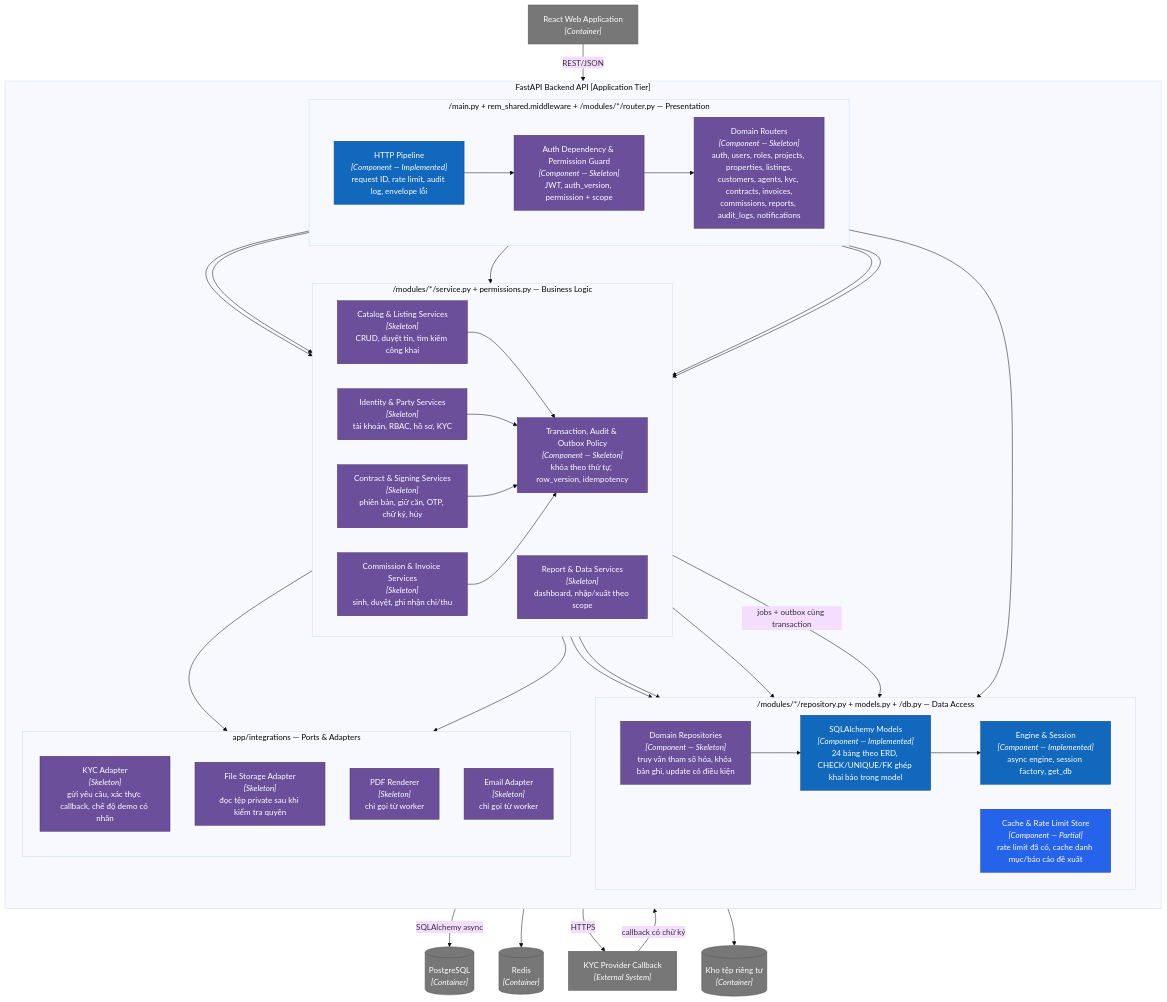
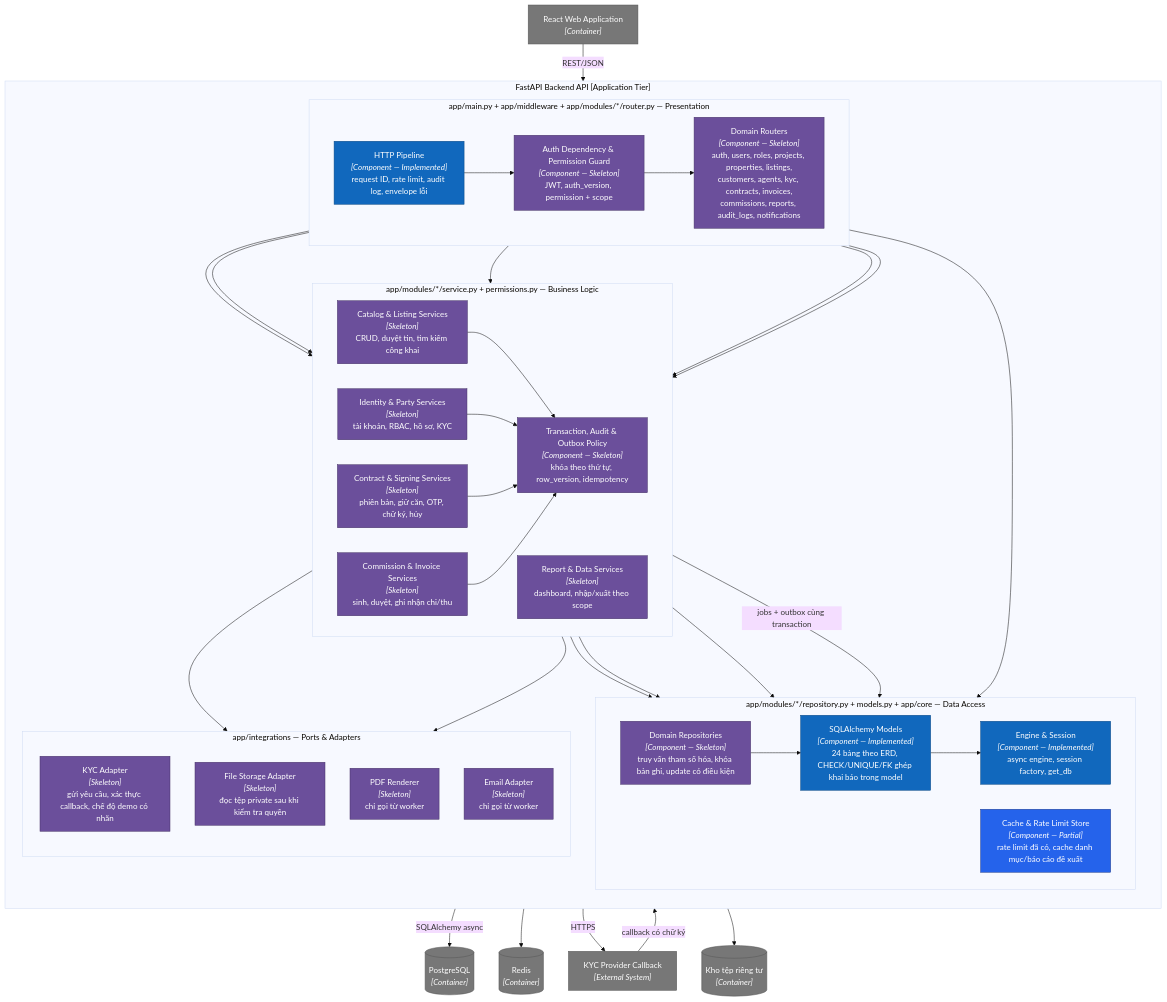
The fifth of 12 diagrams in docs/ARCHITECTURE.md (nvdat16/Real-Estate-Management), drawn with Mermaid (base theme) before and after one commit. The commit also changed other lines of this file, not shown here.

Commit message:
docs(architecture): update architectural diagrams and technical specifications

````diff
--- a/docs/ARCHITECTURE.md
+++ b/docs/ARCHITECTURE.md
@@ -322,81 +289,81 @@
 ```mermaid
 flowchart TB
     web["React Web Application<br/><i>[Container]</i>"]
     callbacks["KYC Provider Callback<br/><i>[External System]</i>"]
     db[("PostgreSQL<br/><i>[Container]</i>")]
     redis[("Redis<br/><i>[Container]</i>")]
     store[("Kho tệp riêng tư<br/><i>[Container]</i>")]
 
     subgraph api["FastAPI Backend API [Application Tier]"]
         direction TB
 
-        subgraph presentation["<pkg>/main.py + rem_shared.middleware + <pkg>/modules/*/router.py — Presentation"]
+        subgraph presentation["app/main.py + app/middleware + app/modules/*/router.py — Presentation"]
             direction LR
             pipeline["HTTP Pipeline<br/><i>[Component — Implemented]</i><br/>request ID, rate limit, audit log, envelope lỗi"]
             authz["Auth Dependency & Permission Guard<br/><i>[Component — Skeleton]</i><br/>JWT, auth_version, permission + scope"]
             routers["Domain Routers<br/><i>[Component — Skeleton]</i><br/>auth, users, roles, projects, properties, listings,<br/>customers, agents, kyc, contracts, invoices,<br/>commissions, reports, audit_logs, notifications"]
         end
 
-        subgraph business["<pkg>/modules/*/service.py + permissions.py — Business Logic"]
+        subgraph business["app/modules/*/service.py + permissions.py — Business Logic"]
             direction LR
             catalogSvc["Catalog & Listing Services<br/><i>[Skeleton]</i><br/>CRUD, duyệt tin, tìm kiếm công khai"]
             partySvc["Identity & Party Services<br/><i>[Skeleton]</i><br/>tài khoản, RBAC, hồ sơ, KYC"]
             contractSvc["Contract & Signing Services<br/><i>[Skeleton]</i><br/>phiên bản, giữ căn, OTP, chữ ký, hủy"]
             moneySvc["Commission & Invoice Services<br/><i>[Skeleton]</i><br/>sinh, duyệt, ghi nhận chi/thu"]
             reportSvc["Report & Data Services<br/><i>[Skeleton]</i><br/>dashboard, nhập/xuất theo scope"]
             txPolicy["Transaction, Audit & Outbox Policy<br/><i>[Component — Skeleton]</i><br/>khóa theo thứ tự, row_version, idempotency"]
         end
 
-        subgraph data["<pkg>/modules/*/repository.py + models.py + <pkg>/db.py — Data Access"]
+        subgraph data["app/modules/*/repository.py + models.py + app/core — Data Access"]
             direction LR
             repos["Domain Repositories<br/><i>[Component — Skeleton]</i><br/>truy vấn tham số hóa, khóa bản ghi, update có điều kiện"]
             models["SQLAlchemy Models<br/><i>[Component — Implemented]</i><br/>24 bảng theo ERD, CHECK/UNIQUE/FK ghép khai báo trong model"]
             session["Engine & Session<br/><i>[Component — Implemented]</i><br/>async engine, session factory, get_db"]
             cache["Cache & Rate Limit Store<br/><i>[Component — Partial]</i><br/>rate limit đã có, cache danh mục/báo cáo đề xuất"]
         end
 
         subgraph adapters["app/integrations — Ports & Adapters"]
             direction TB
             kycAdapter["KYC Adapter<br/><i>[Skeleton]</i><br/>gửi yêu cầu, xác thực callback, chế độ demo có nhãn"]
             fileAdapter["File Storage Adapter<br/><i>[Skeleton]</i><br/>đọc tệp private sau khi kiểm tra quyền"]
             pdfAdapter["PDF Renderer<br/><i>[Skeleton]</i><br/>chỉ gọi từ worker"]
             mailAdapter["Email Adapter<br/><i>[Skeleton]</i><br/>chỉ gọi từ worker"]
         end
     end
 
     web -->|"REST/JSON"| pipeline
     callbacks -->|"callback có chữ ký"| pipeline
     pipeline --> authz
     authz --> routers
     routers --> catalogSvc
     routers --> partySvc
     routers --> contractSvc
     routers --> moneySvc
     routers --> reportSvc
     catalogSvc --> txPolicy
     partySvc --> txPolicy
     contractSvc --> txPolicy
     moneySvc --> txPolicy
     reportSvc --> repos
     txPolicy --> repos
     repos --> models
     models --> session
     session -->|"SQLAlchemy async"| db
     pipeline --> cache
     catalogSvc --> cache
     cache --> redis
     txPolicy -->|"jobs + outbox cùng transaction"| repos
     partySvc --> kycAdapter
     contractSvc --> fileAdapter
     kycAdapter -->|HTTPS| callbacks
     fileAdapter --> store
 
     classDef implemented fill:#1168bd,color:#fff,stroke:#0b4884
     classDef skeleton fill:#6b4f9b,color:#fff,stroke:#463267
     classDef partial fill:#2563eb,color:#fff,stroke:#1e3a8a
     classDef external fill:#777,color:#fff,stroke:#555
     class pipeline,session,models implemented
     class cache partial
     class authz,routers,catalogSvc,partySvc,contractSvc,moneySvc,reportSvc,txPolicy,repos,kycAdapter,fileAdapter,pdfAdapter,mailAdapter skeleton
     class web,callbacks,db,redis,store external
 ```
````
